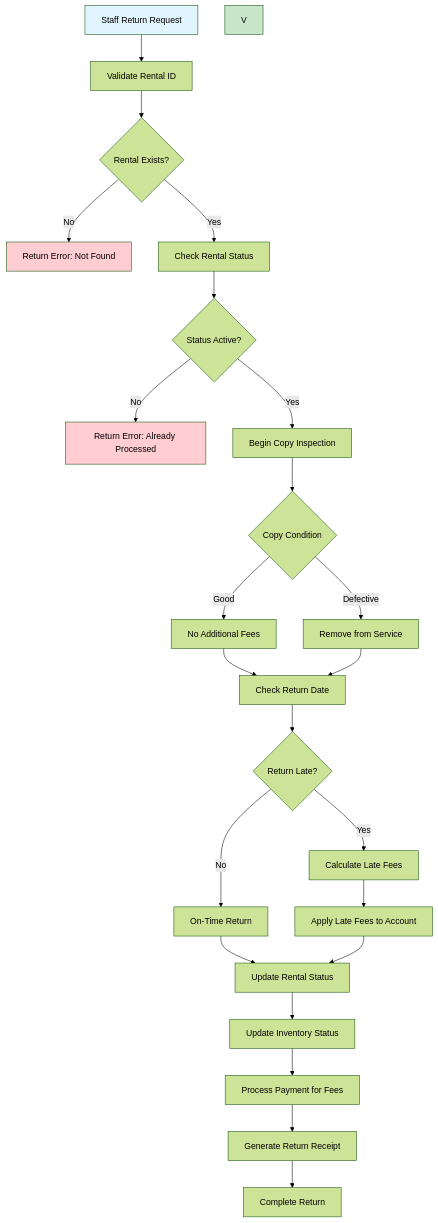
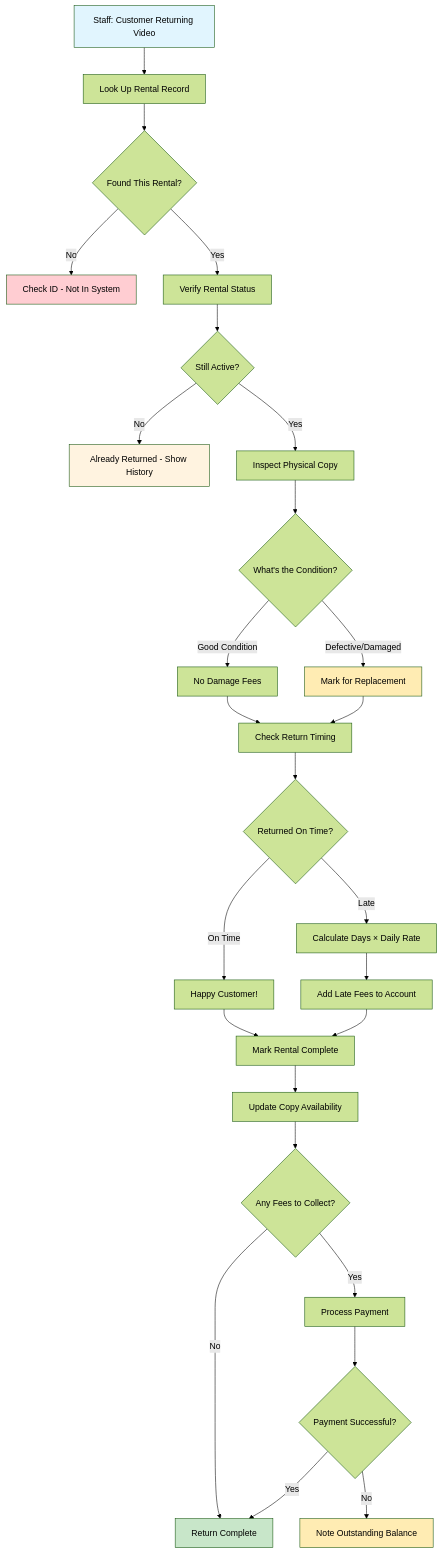
Before and after one commit to tiberius-s/video-rental-demo: the diagram in diagrams/workflows/04-return-processing-workflow.md, drawn with Mermaid (forest theme). The commit also changed other lines of this file and 21 other files, not shown here.

````diff
--- a/diagrams/workflows/04-return-processing-workflow.md
+++ b/diagrams/workflows/04-return-processing-workflow.md
@@ -19,35 +37,40 @@
 ```mermaid
 flowchart TD
-    A[Staff Return Request] --> B[Validate Rental ID]
-    B --> C{Rental Exists?}
-    C -->|No| D[Return Error: Not Found]
-    C -->|Yes| E[Check Rental Status]
-    E --> F{Status Active?}
-    F -->|No| G[Return Error: Already Processed]
-    F -->|Yes| H[Begin Copy Inspection]
+    A[Staff: Customer Returning Video] --> B[Look Up Rental Record]
+    B --> C{Found This Rental?}
+    C -->|No| D[Check ID - Not In System]
+    C -->|Yes| E[Verify Rental Status]
+    E --> F{Still Active?}
+    F -->|No| G[Already Returned - Show History]
+    F -->|Yes| H[Inspect Physical Copy]
 
-    H --> I{Copy Condition}
-    I -->|Good| J[No Additional Fees]
-    I -->|Defective| K[Remove from Service]
+    H --> I{What's the Condition?}
+    I -->|Good Condition| J[No Damage Fees]
+    I -->|Defective/Damaged| K[Mark for Replacement]
 
-    J --> L[Check Return Date]
+    J --> L[Check Return Timing]
     K --> L
 
-    L --> M{Return Late?}
-    M -->|No| N[On-Time Return]
-    M -->|Yes| O[Calculate Late Fees]
+    L --> M{Returned On Time?}
+    M -->|On Time| N[Happy Customer!]
+    M -->|Late| O[Calculate Days × Daily Rate]
 
-    N --> P[Update Rental Status]
-    O --> Q[Apply Late Fees to Account]
+    N --> P[Mark Rental Complete]
+    O --> Q[Add Late Fees to Account]
     Q --> P
 
-    P --> R[Update Inventory Status]
-    R --> S[Process Payment for Fees]
-    S --> T[Generate Return Receipt]
-    T --> U[Complete Return]
+    P --> R[Update Copy Availability]
+    R --> S{Any Fees to Collect?}
+    S -->|No| T[Return Complete]
+    S -->|Yes| U[Process Payment]
+    U --> V{Payment Successful?}
+    V -->|No| W[Note Outstanding Balance]
+    V -->|Yes| T
 
     style A fill:#e1f5fe
-    style V fill:#c8e6c9
+    style T fill:#c8e6c9
     style D fill:#ffcdd2
-    style G fill:#ffcdd2
+    style G fill:#fff3e0
+    style K fill:#ffecb3
+    style W fill:#ffecb3
 ```
````
